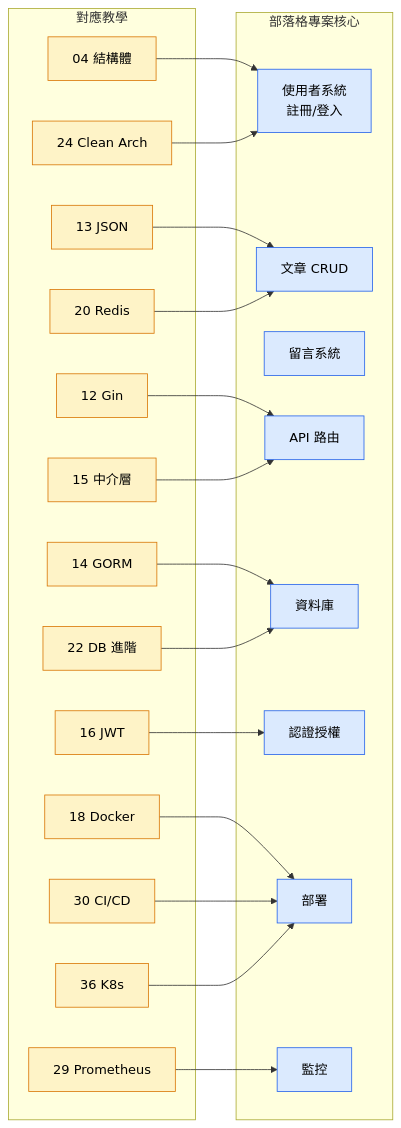
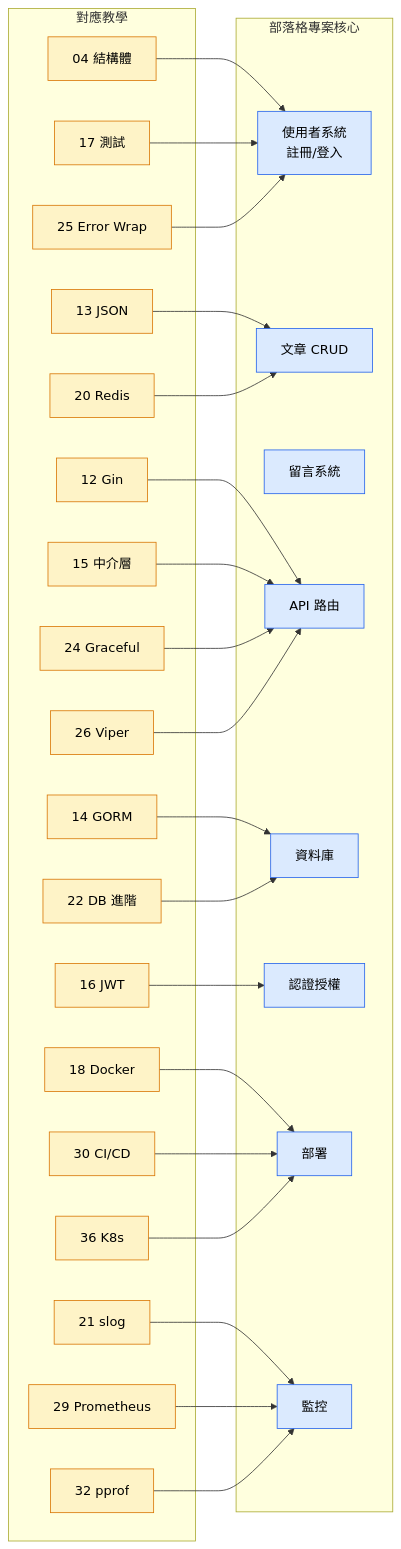
Before and after one commit to ChecheHuang/go-tutorials: the fifth of 5 diagrams in ROADMAP.md, drawn with Mermaid. The commit also changed other lines of this file and 16 other files, not shown here.

````diff
--- a/ROADMAP.md
+++ b/ROADMAP.md
@@ -437,32 +437,37 @@
 ```mermaid
 graph LR
     classDef blog fill:#dbeafe,stroke:#2563eb,color:#000
     classDef tutorial fill:#fef3c7,stroke:#d97706,color:#000
 
     subgraph "部落格專案核心"
         B1["使用者系統\n註冊/登入"]:::blog
         B2["文章 CRUD"]:::blog
         B3["留言系統"]:::blog
         B4["API 路由"]:::blog
         B5["資料庫"]:::blog
         B6["認證授權"]:::blog
         B7["部署"]:::blog
         B8["監控"]:::blog
     end
 
     subgraph "對應教學"
         T04["04 結構體"]:::tutorial --> B1
         T12["12 Gin"]:::tutorial --> B4
         T13["13 JSON"]:::tutorial --> B2
         T14["14 GORM"]:::tutorial --> B5
         T15["15 中介層"]:::tutorial --> B4
         T16["16 JWT"]:::tutorial --> B6
+        T17["17 測試"]:::tutorial --> B1
         T18["18 Docker"]:::tutorial --> B7
         T20["20 Redis"]:::tutorial --> B2
+        T21["21 slog"]:::tutorial --> B8
         T22["22 DB 進階"]:::tutorial --> B5
-        T24["24 Clean Arch"]:::tutorial --> B1
+        T24["24 Graceful"]:::tutorial --> B4
+        T25["25 Error Wrap"]:::tutorial --> B1
+        T26["26 Viper"]:::tutorial --> B4
         T29["29 Prometheus"]:::tutorial --> B8
         T30["30 CI/CD"]:::tutorial --> B7
+        T32["32 pprof"]:::tutorial --> B8
         T36["36 K8s"]:::tutorial --> B7
     end
 ```
````
